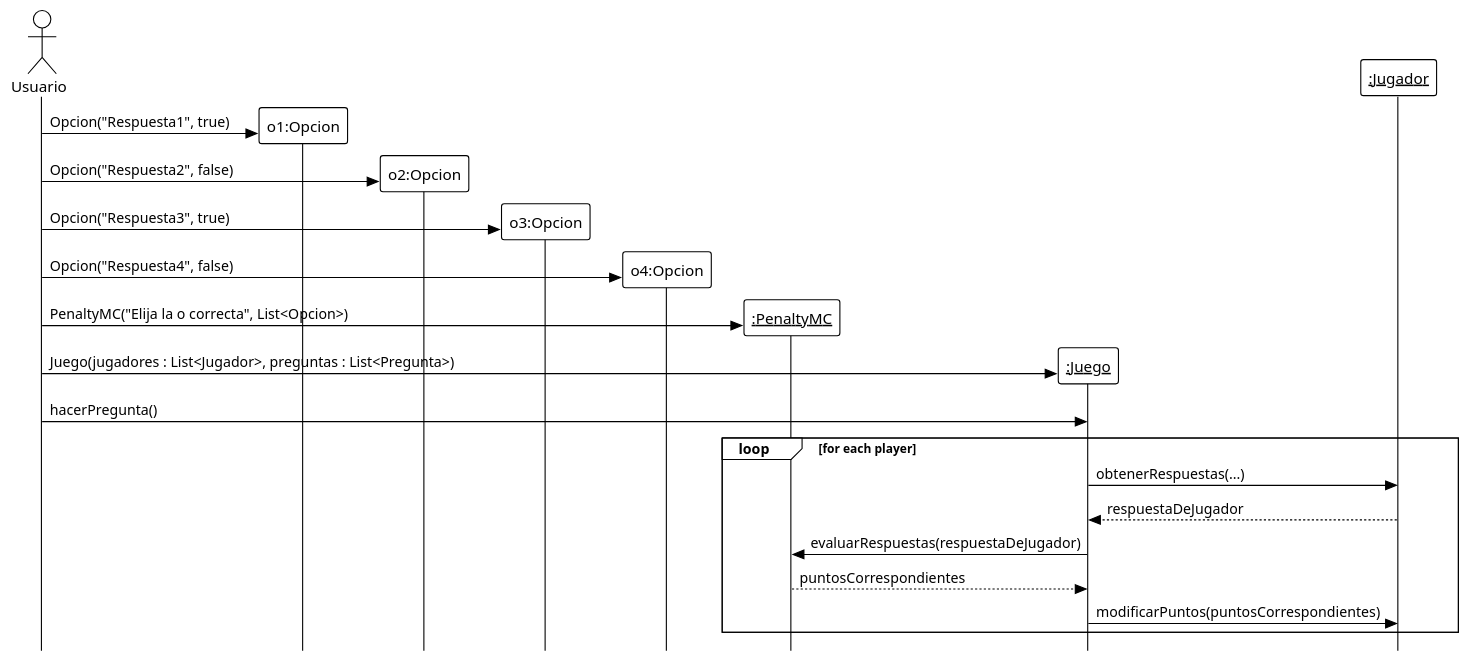
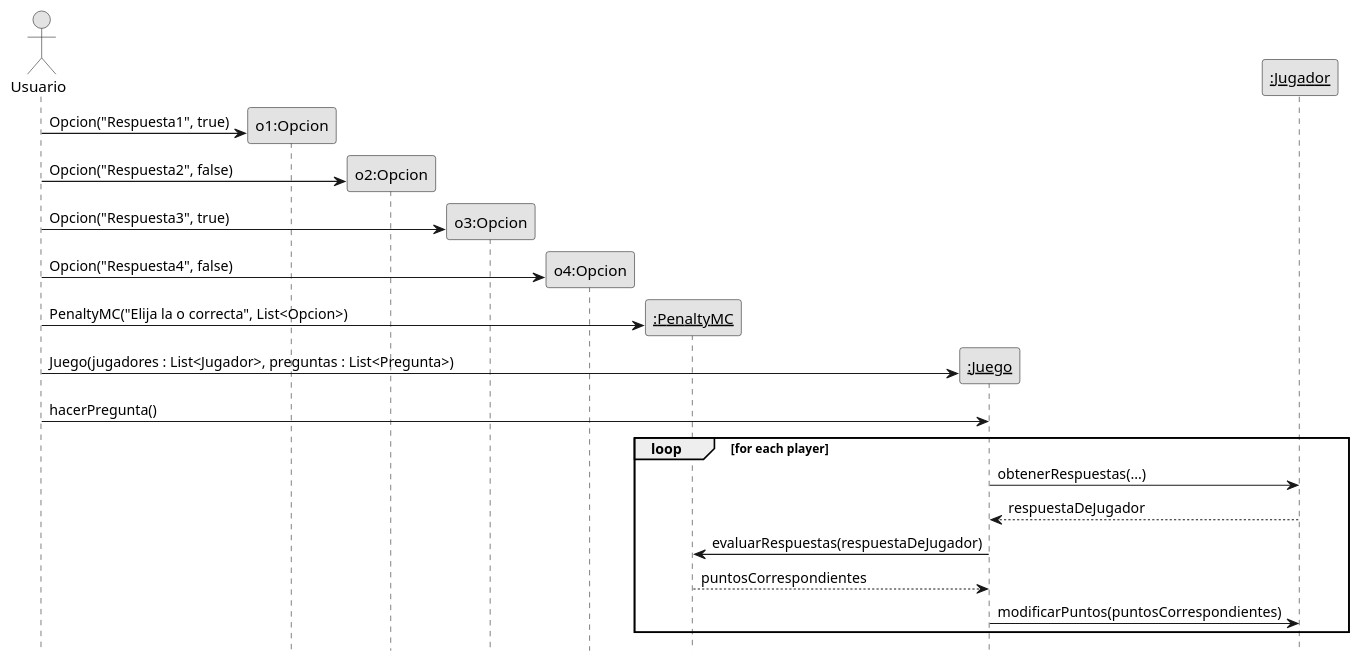
Before and after one commit to lautiland/TP2-ALGO3-ALGOHOOT: the diagram in diagrams/sequences/secuencia_CasoEnPenaltyMC.puml, drawn with PlantUML. The commit also changed 14 other files, not shown here.

Commit message:
diagrams(class/sequence): diagramas actualizados

```diff
--- a/diagrams/sequences/secuencia_CasoEnPenaltyMC.puml
+++ b/diagrams/sequences/secuencia_CasoEnPenaltyMC.puml
@@ -1,38 +1,38 @@
 @startuml
 
-!theme plain
-skinparam style strictuml
+skinparam monochrome true
+hide footbox
 
 Actor Usuario
 
 create "o1:Opcion"
 Usuario -> "o1:Opcion" : Opcion("Respuesta1", true)
 
 create "o2:Opcion"
 Usuario -> "o2:Opcion" : Opcion("Respuesta2", false)
 
 create "o3:Opcion"
 Usuario -> "o3:Opcion" : Opcion("Respuesta3", true)
 
 create "o4:Opcion"
 Usuario -> "o4:Opcion" : Opcion("Respuesta4", false)
 
 create "__:PenaltyMC__"
 Usuario -> "__:PenaltyMC__" : PenaltyMC("Elija la o correcta", List<Opcion>)
 
 create "__:Juego__"
 Usuario -> "__:Juego__" : Juego(jugadores : List<Jugador>, preguntas : List<Pregunta>)
 
 Usuario -> "__:Juego__" : hacerPregunta()
 
 
 loop for each player
     "__:Juego__" -> "__:Jugador__" : obtenerRespuestas(...)
     "__:Juego__" <-- "__:Jugador__" : respuestaDeJugador
     "__:Juego__" -> "__:PenaltyMC__" : evaluarRespuestas(respuestaDeJugador)
     "__:Juego__" <-- "__:PenaltyMC__" : puntosCorrespondientes
     "__:Juego__" -> "__:Jugador__" : modificarPuntos(puntosCorrespondientes)
 end
 
 
 @enduml
```
